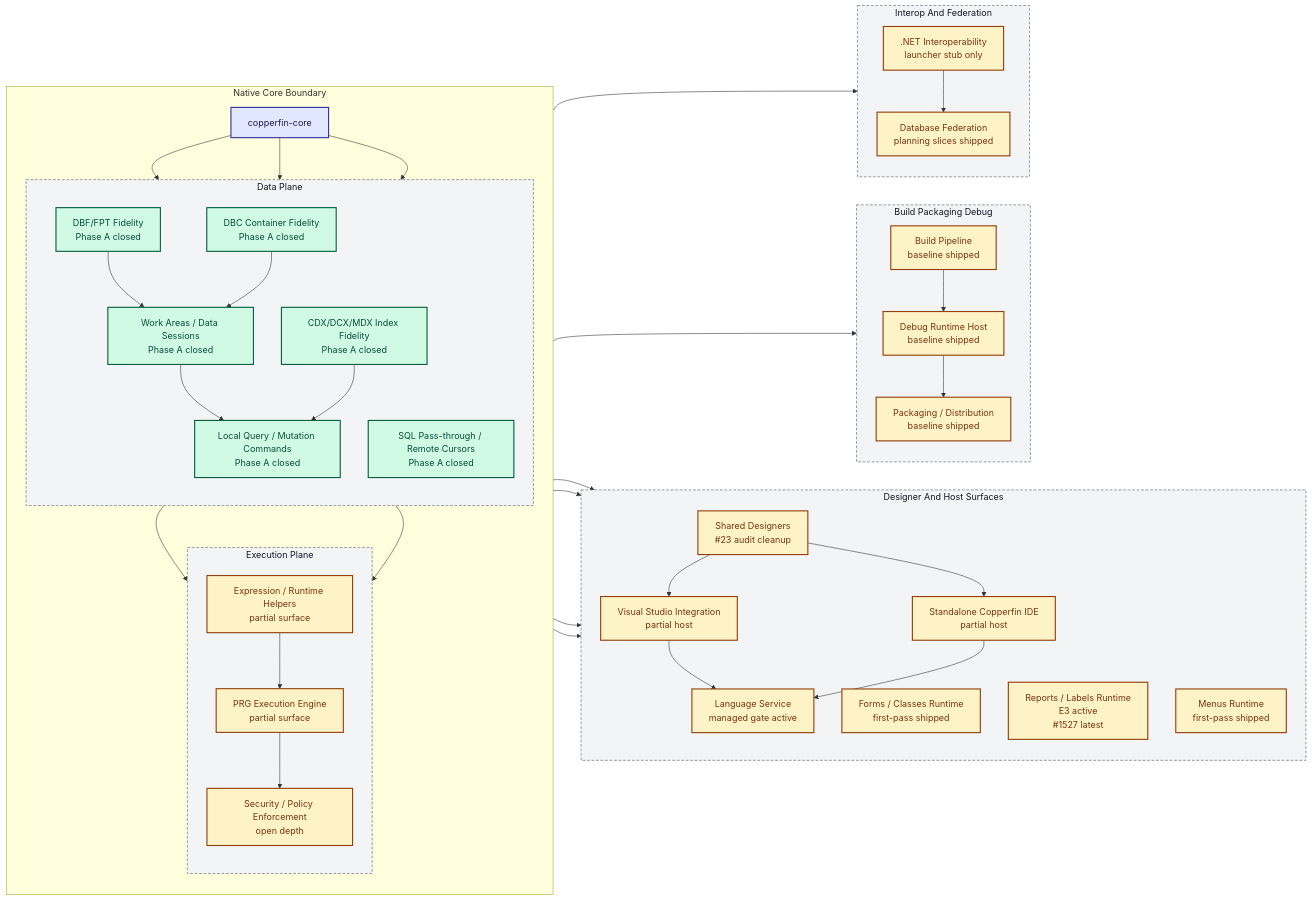
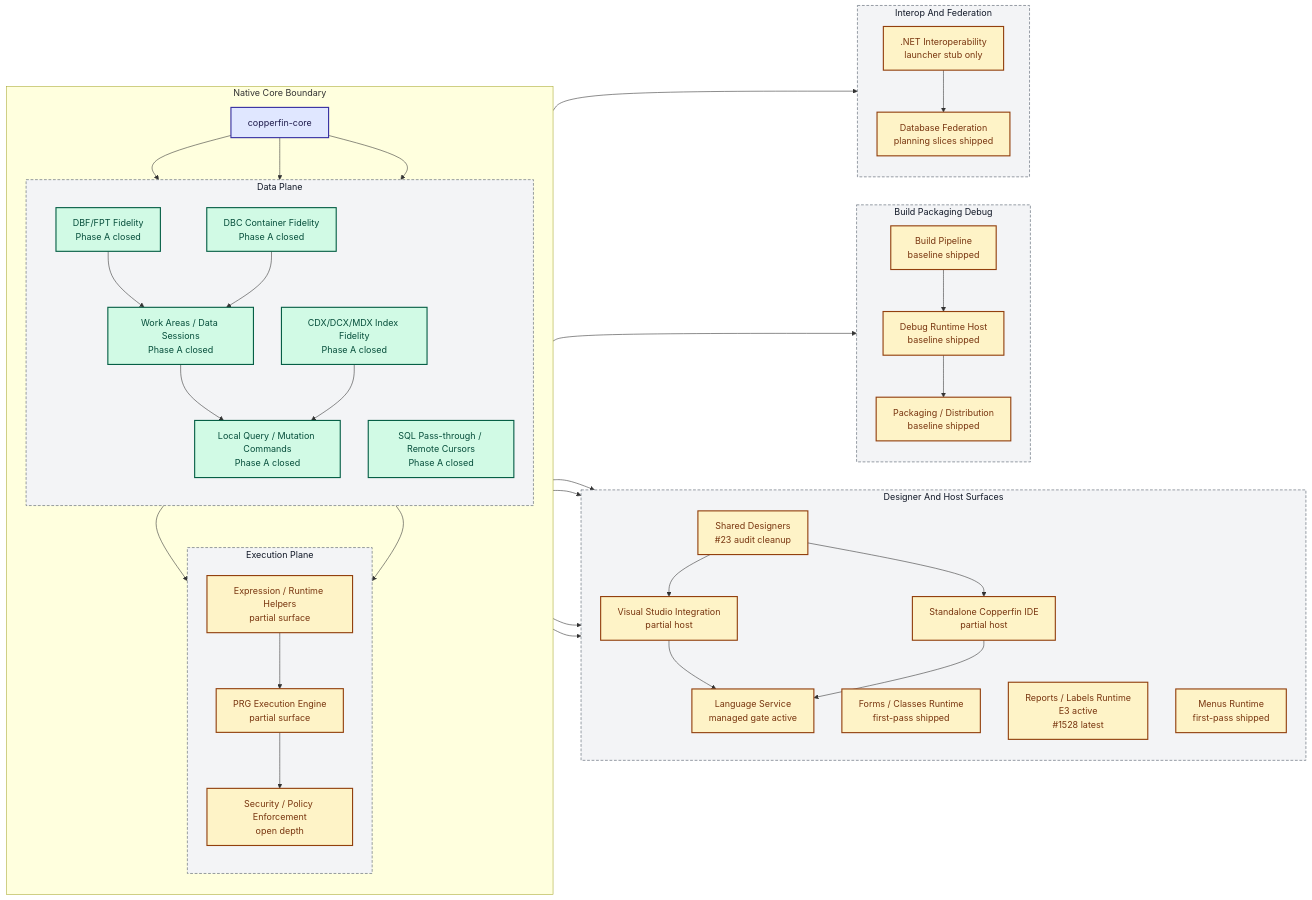
One commit to rhamenator/Project-Copperfin changed the diagram in docs/02-architecture.md. Above: the diagram before and after it, drawn with Mermaid. The commit also changed 7 other files, not shown here.

```diff
--- a/docs/02-architecture.md
+++ b/docs/02-architecture.md
@@ -36,7 +36,7 @@
         direction TB
         DES["Shared Designers<br/>#23 audit cleanup"]
         FORMS["Forms / Classes Runtime<br/>first-pass shipped"]
-        RPT["Reports / Labels Runtime<br/>E3 active<br/>#1527 latest"]
+        RPT["Reports / Labels Runtime<br/>E3 active<br/>#1528 latest"]
         MENU["Menus Runtime<br/>first-pass shipped"]
         VS["Visual Studio Integration<br/>partial host"]
         IDE["Standalone Copperfin IDE<br/>partial host"]
```
